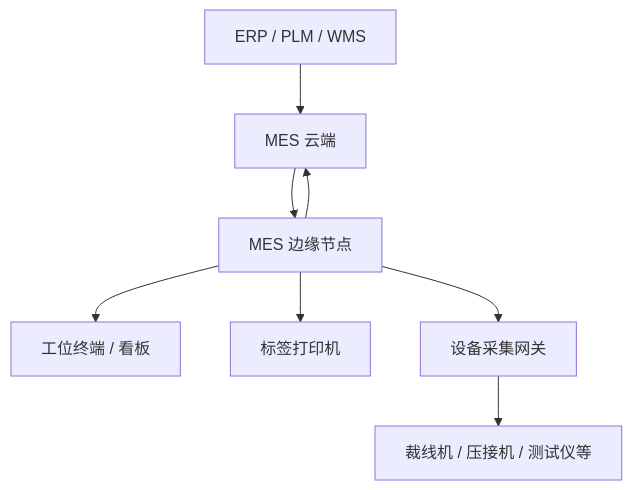
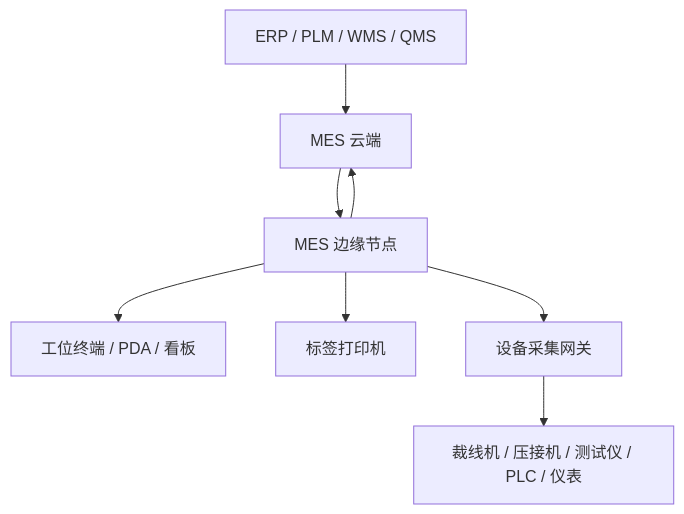
Before and after one commit to huzhihua/MES: the first of 2 diagrams in mes-wiki/docs/00-overview.md, drawn with Mermaid. The commit also changed other lines of this file and 12 other files, not shown here.

````diff
--- a/mes-wiki/docs/00-overview.md
+++ b/mes-wiki/docs/00-overview.md
@@ -32,10 +89,10 @@
 ```mermaid
 flowchart TB
-    ERP[ERP / PLM / WMS] --> Cloud[MES 云端]
-    Cloud --> Edge[MES 边缘节点]
-    Edge --> HMI[工位终端 / 看板]
-    Edge --> Printer[标签打印机]
-    Edge --> Gateway[设备采集网关]
-    Gateway --> Machine[裁线机 / 压接机 / 测试仪等]
+    ERP["ERP / PLM / WMS / QMS"] --> Cloud["MES 云端"]
+    Cloud --> Edge["MES 边缘节点"]
+    Edge --> Terminal["工位终端 / PDA / 看板"]
+    Edge --> Printer["标签打印机"]
+    Edge --> Gateway["设备采集网关"]
+    Gateway --> Machine["裁线机 / 压接机 / 测试仪 / PLC / 仪表"]
     Edge --> Cloud
 ```
````
